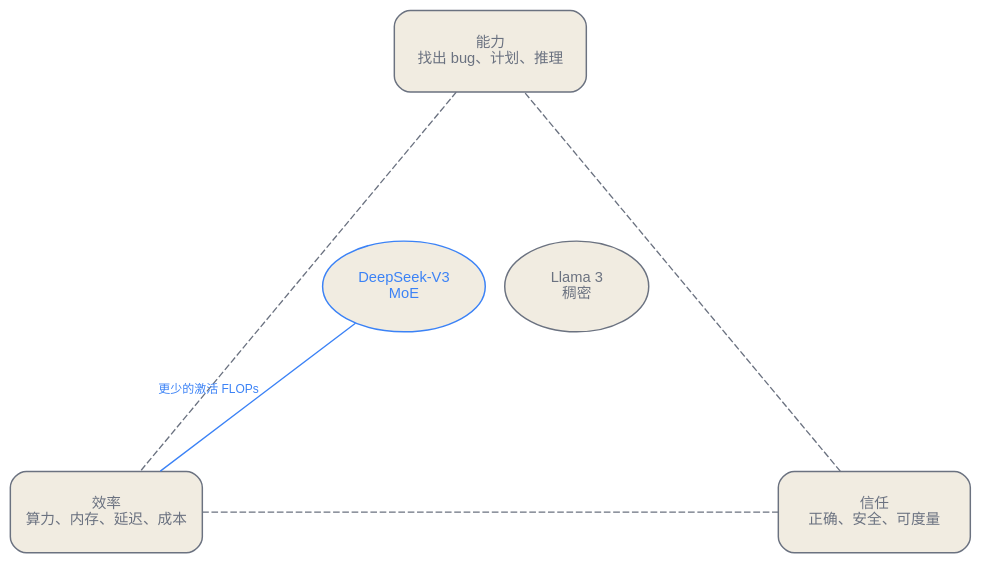
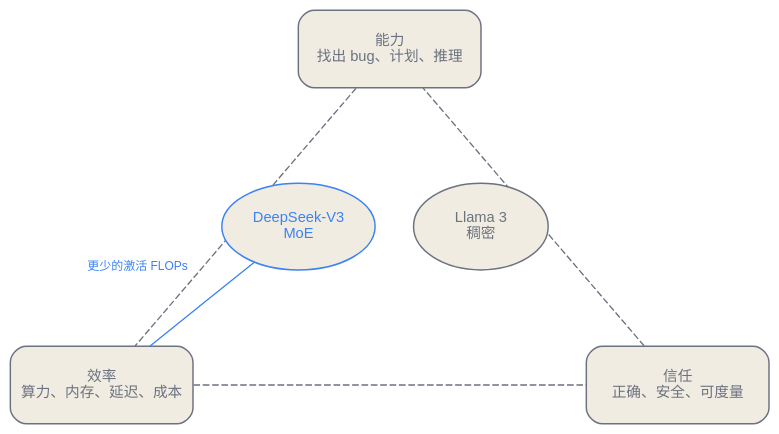
One commit to latere-ai/ai-as-an-infrastructure changed the third of 3 diagrams in zh/orientation/01-whole-stack.qmd. Above: the diagram before and after it, drawn with Graphviz. The commit also changed 1 other file, not shown here.

Commit message:
orientation: compact the lens triangle and offset its edge label off the line

````diff
--- a/zh/orientation/01-whole-stack.qmd
+++ b/zh/orientation/01-whole-stack.qmd
@@ -150,19 +150,19 @@
 ```{dot}
 //| label: fig-whole-stack-lens
 //| fig-cap: "能力、效率、信任这副视角作为一个权衡空间，两个贯穿全书的模型置于其上。稠密模型与稀疏模型可以达到同样的能力。稀疏的那个用更少的激活 FLOPs 做到，偏向效率。在有评测度量其输出之前，二者都还谈不上可信。"
 graph lens {
   layout=neato;
   bgcolor="transparent";
-  node [shape=box, style="rounded,filled", fontname="Helvetica", fontsize=11, fixedsize=true, width=2.0, height=0.85, color="#6b7280", fontcolor="#6b7280", fillcolor="#f1ece1", penwidth=1.1];
+  node [shape=box, style="rounded,filled", fontname="Helvetica", fontsize=11, fixedsize=true, width=1.9, height=0.8, color="#6b7280", fontcolor="#6b7280", fillcolor="#f1ece1", penwidth=1.1];
   edge [fontname="Helvetica", color="#6b7280", fontcolor="#6b7280"];
-  cap [label="能力\n找出 bug、计划、推理", pos="0,3!"];
-  eff [label="效率\n算力、内存、延迟、成本", pos="-4,-1.8!"];
-  tru [label="信任\n正确、安全、可度量", pos="4,-1.8!"];
+  cap [label="能力\n找出 bug、计划、推理", pos="0,2.2!"];
+  eff [label="效率\n算力、内存、延迟、成本", pos="-3,-1.3!"];
+  tru [label="信任\n正确、安全、可度量", pos="3,-1.3!"];
   cap -- eff [style=dashed];
   eff -- tru [style=dashed];
   tru -- cap [style=dashed];
-  llama [label="Llama 3\n稠密", pos="0.9,0.55!", shape=ellipse, width=1.5, height=0.95];
-  ds [label="DeepSeek-V3\nMoE", pos="-0.9,0.55!", shape=ellipse, width=1.7, height=0.95, color="#3b82f6", fontcolor="#3b82f6"];
-  ds -- eff [label="更少的激活 FLOPs", fontsize=9, color="#3b82f6", fontcolor="#3b82f6"];
+  llama [label="Llama 3\n稠密", pos="0.95,0.35!", shape=ellipse, width=1.4, height=0.9];
+  ds [label="DeepSeek-V3\nMoE", pos="-0.95,0.35!", shape=ellipse, width=1.6, height=0.9, color="#3b82f6", fontcolor="#3b82f6"];
+  ds -- eff [headlabel="更少的激活 FLOPs", labelfontsize=9, labelangle=60, labeldistance=6, color="#3b82f6", labelfontcolor="#3b82f6"];
 }
 ```
````
